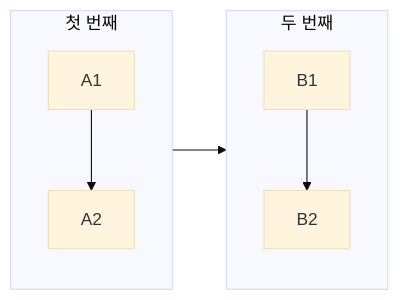
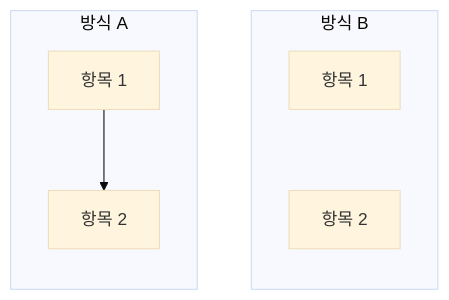
Before and after one commit to Gyeom/dev-notes: the fourth of 5 diagrams in .claude/writing-guide.md, drawn with Mermaid (base theme). The commit also changed other lines of this file and 12 other files, not shown here.

First line of the commit message:
Fix: Mermaid 다이어그램 레이아웃 수정 및 가이드 강화

````diff
--- a/.claude/writing-guide.md
+++ b/.claude/writing-guide.md
@@ -115,10 +124,10 @@
 ```mermaid
 flowchart LR
-    subgraph A["첫 번째"]
-        A1 --> A2
+    subgraph A["방식 A"]
+        A1["항목 1"] --> A2["항목 2"]
     end
-    subgraph B["두 번째"]
-        B1 --> B2
+    subgraph B["방식 B"]
+        B1["항목 1"] ~~~ B2["항목 2"]
     end
-    A --> B
+    A ~~~ B
 ```
````
